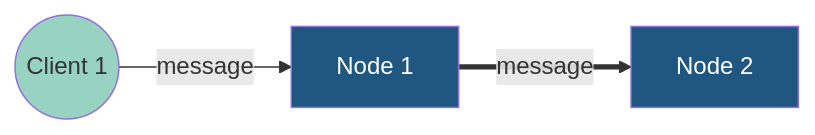
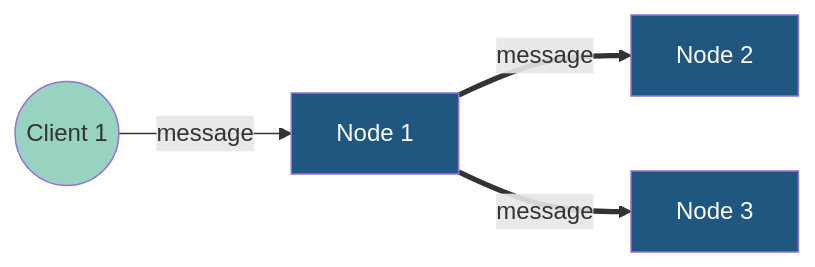
One commit to niklas-enns/message-broker changed the second of 2 diagrams in README.md. Above: the diagram before and after it, drawn with Mermaid.

Commit message:
reformat table

````diff
--- a/README.md
+++ b/README.md
@@ -84,12 +84,13 @@
 ```mermaid
 graph LR;
     N1[Node 1]==>|message|N2[Node 2]
+    N1==>|message|N3[Node 3]
     C1((Client 1))-->|message|N1;
     
     classDef c1 fill:#205781,color:white;
     classDef c2 fill:#4F959D,color:white;
     classDef c3 fill:#98D2C0;
     classDef c4 fill:#F6F8D5;
     class N1,N2,N3 c1
     class C1,C2,C3,C4 c3
 ```
````
